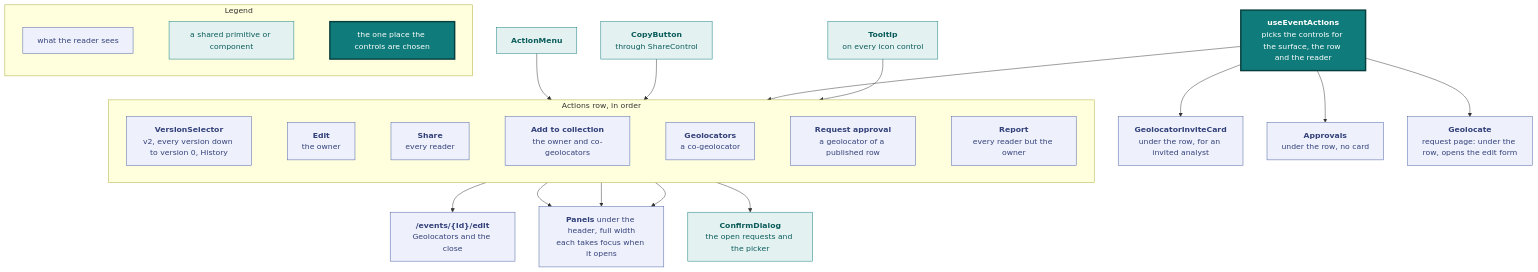
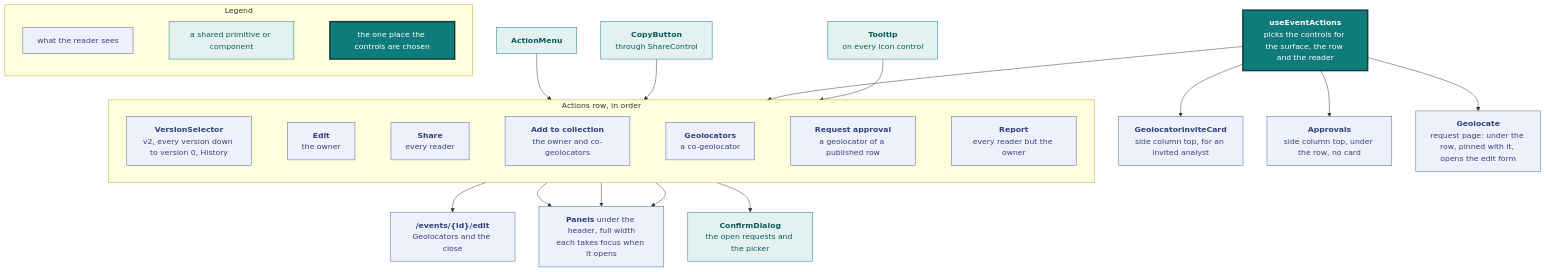
The eighth of 15 diagrams in docs/design.md (vidithq/vidit), drawn with Mermaid before and after one commit. The commit also changed other lines of this file and 24 other files, not shown here.

````diff
--- a/docs/design.md
+++ b/docs/design.md
@@ -753,67 +803,67 @@
 ```mermaid
 flowchart TB
   classDef spec fill:#eef1fb,stroke:#4a5fa5,color:#33417a
   classDef shared fill:#e3f2f1,stroke:#0f7b7a,color:#0b5c5b
   classDef core fill:#0f7b7a,stroke:#083f3e,stroke-width:3px,color:#ffffff
 
   subgraph legend [Legend]
     direction LR
     l1["`what the reader sees`"]:::spec
     l2["`a shared primitive or component`"]:::shared
     l3["`the one place the controls are chosen`"]:::core
     l1 ~~~ l2 ~~~ l3
   end
 
   hook["`**useEventActions**
   picks the controls for the surface, the row and the reader`"]:::core
 
   subgraph header [Actions row, in order]
     direction LR
     versions["`**VersionSelector**
     v2, every version down to version 0, History`"]:::spec
     edit["`**Edit**
     the owner`"]:::spec
     share["`**Share**
     every reader`"]:::spec
     collect["`**Add to collection**
     the owner and co-geolocators`"]:::spec
     credit["`**Geolocators**
     a co-geolocator`"]:::spec
     ask["`**Request approval**
     a geolocator of a published row`"]:::spec
     report["`**Report**
     every reader but the owner`"]:::spec
     versions ~~~ edit ~~~ share ~~~ collect ~~~ credit ~~~ ask ~~~ report
   end
 
   menu["`**ActionMenu**`"]:::shared
   copy["`**CopyButton**
   through ShareControl`"]:::shared
   tooltip["`**Tooltip**
   on every icon control`"]:::shared
   editpage["`**/events/{id}/edit**
   Geolocators and the close`"]:::spec
   panels["`**Panels** under the header, full width
   each takes focus when it opens`"]:::spec
   invite["`**GeolocatorInviteCard**
-  under the row, for an invited analyst`"]:::spec
+  side column top, for an invited analyst`"]:::spec
   approvals["`**Approvals**
-  under the row, no card`"]:::spec
+  side column top, under the row, no card`"]:::spec
   dialog["`**ConfirmDialog**
   the open requests and the picker`"]:::shared
   geolocate["`**Geolocate**
-  request page: under the row, opens the edit form`"]:::spec
+  request page: under the row, pinned with it, opens the edit form`"]:::spec
 
   hook --> header
   hook --> approvals
   hook --> invite
   hook --> geolocate
   menu --> versions
   copy --> share
   tooltip --> header
   edit --> editpage
   collect --> panels
   credit --> panels
   ask --> dialog
   report --> panels
 ```
````
